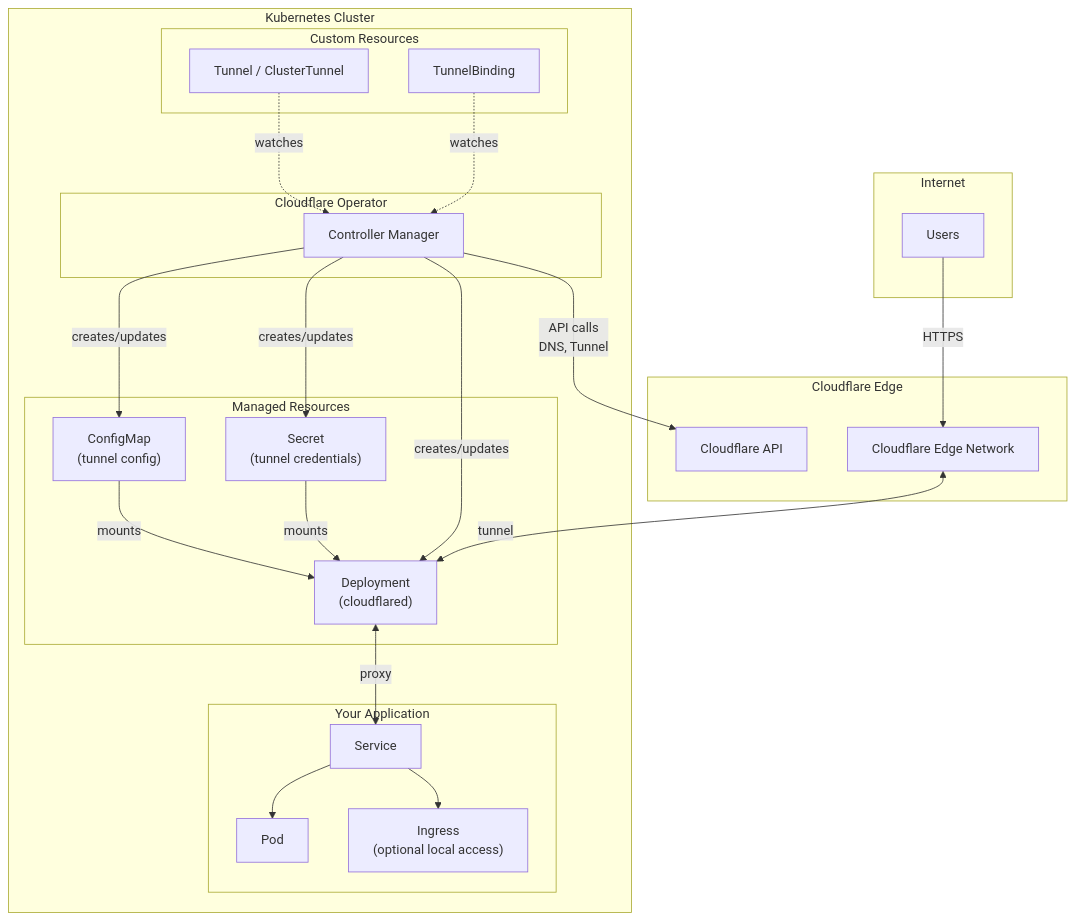
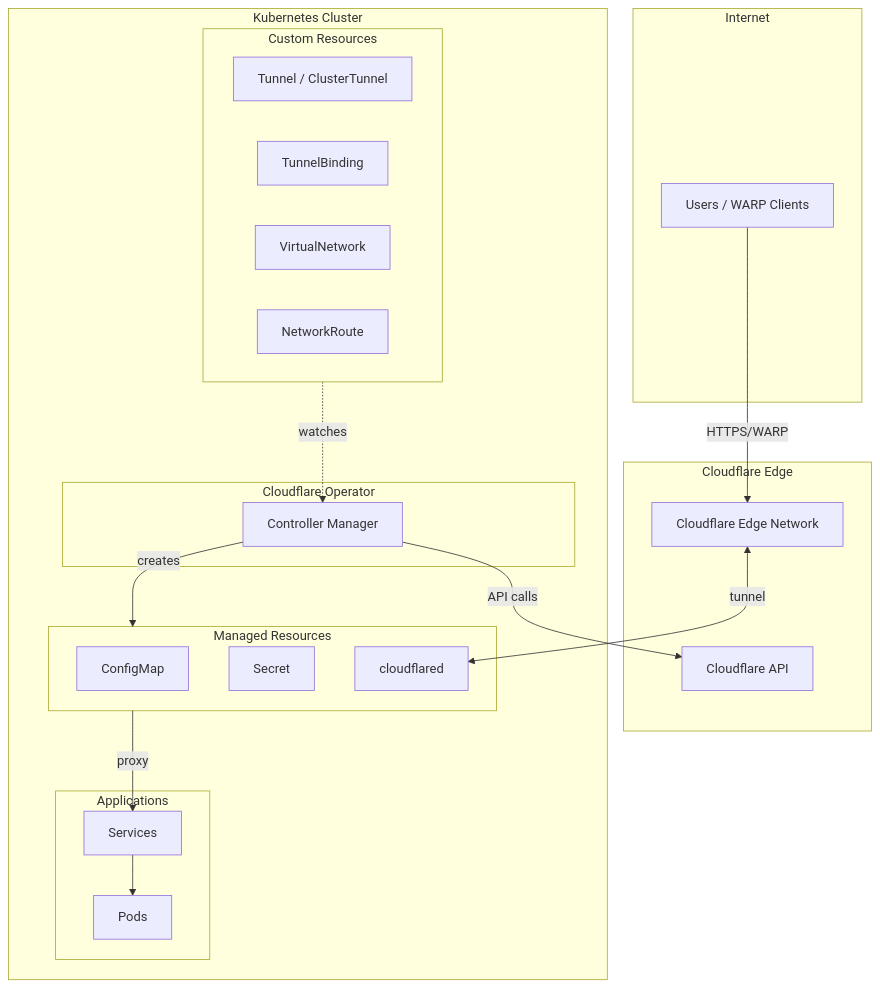
The diagram in README.md (StringKe/cloudflare-operator), drawn with Mermaid before and after one commit. The commit also changed other lines of this file and 56 other files, not shown here.

````diff
--- a/README.md
+++ b/README.md
@@ -73,55 +49,43 @@
 ```mermaid
 flowchart TB
     subgraph Internet["Internet"]
-        Users["Users"]
+        Users["Users / WARP Clients"]
     end
 
     subgraph Cloudflare["Cloudflare Edge"]
         Edge["Cloudflare Edge Network"]
         API["Cloudflare API"]
     end
 
     subgraph K8s["Kubernetes Cluster"]
         subgraph CRDs["Custom Resources"]
             Tunnel["Tunnel / ClusterTunnel"]
             TB["TunnelBinding"]
+            VNet["VirtualNetwork"]
+            Route["NetworkRoute"]
         end
 
         subgraph Operator["Cloudflare Operator"]
             Controller["Controller Manager"]
         end
 
         subgraph Managed["Managed Resources"]
-            ConfigMap["ConfigMap\n(tunnel config)"]
-            Secret["Secret\n(tunnel credentials)"]
-            Deployment["Deployment\n(cloudflared)"]
+            ConfigMap["ConfigMap"]
+            Secret["Secret"]
+            Deployment["cloudflared"]
         end
 
-        subgraph App["Your Application"]
-            Service["Service"]
-            Pod["Pod"]
-            Ingress["Ingress\n(optional local access)"]
+        subgraph App["Applications"]
+            Service["Services"]
+            Pod["Pods"]
         end
     end
 
-    %% User creates CRDs
-    Tunnel -.->|watches| Controller
-    TB -.->|watches| Controller
-
-    %% Operator manages resources
-    Controller -->|creates/updates| ConfigMap
-    Controller -->|creates/updates| Secret
-    Controller -->|creates/updates| Deployment
-    Controller -->|API calls\nDNS, Tunnel| API
-
-    %% cloudflared uses config
-    ConfigMap -->|mounts| Deployment
-    Secret -->|mounts| Deployment
-
-    %% Traffic flow
-    Users -->|HTTPS| Edge
+    CRDs -.->|watches| Controller
+    Controller -->|creates| Managed
+    Controller -->|API calls| API
+    Managed -->|proxy| Service
+    Service --> Pod
+    Users -->|HTTPS/WARP| Edge
     Edge <-->|tunnel| Deployment
-    Deployment <-->|proxy| Service
-    Service --> Pod
-    Service --> Ingress
 ```
````
